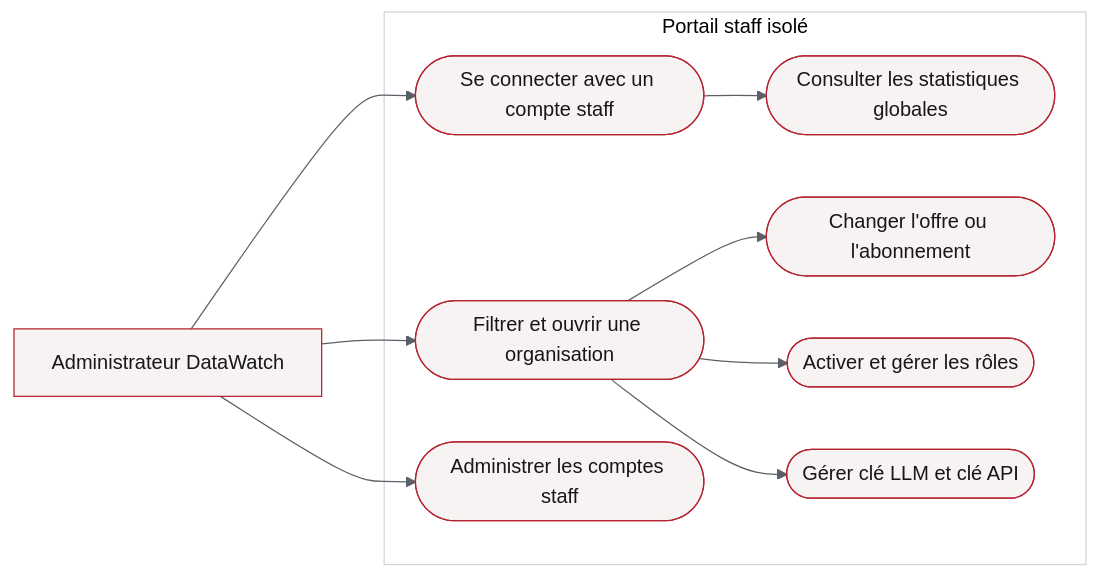
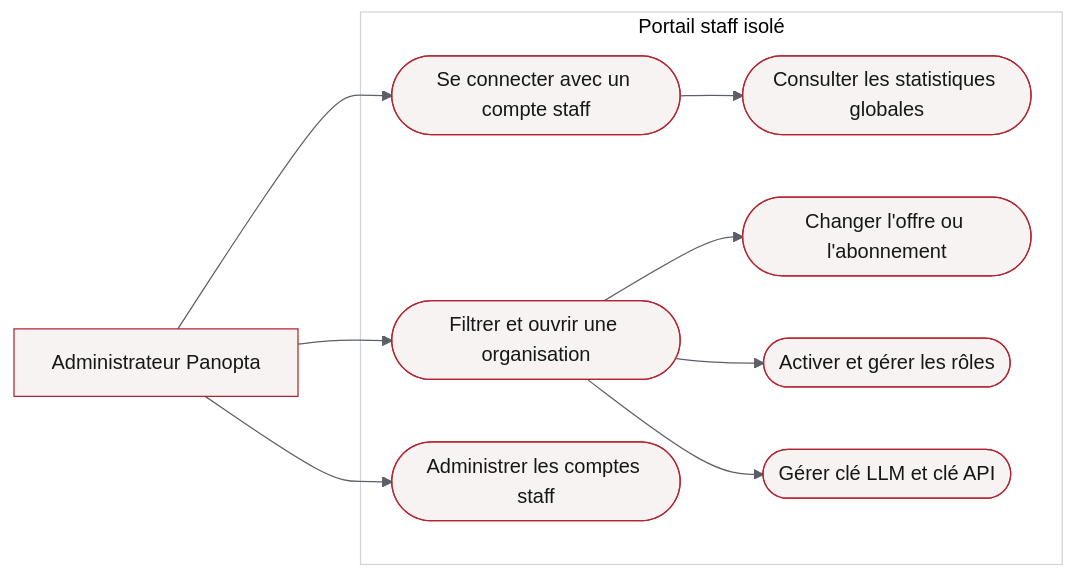
The diagram in docs/diagrams/pfe/mermaid/use_cases_staff.mmd (ryvga/DataWatch), drawn with Mermaid before and after one commit. The commit also changed 28 other files, not shown here.

```diff
--- a/docs/diagrams/pfe/mermaid/use_cases_staff.mmd
+++ b/docs/diagrams/pfe/mermaid/use_cases_staff.mmd
@@ -1,16 +1,16 @@
 %%{init: {'theme':'base','themeVariables':{'fontFamily':'Arial','primaryColor':'#F7F3F2','primaryTextColor':'#171717','primaryBorderColor':'#B4232F','lineColor':'#5B6068','secondaryColor':'#F3F4F6','tertiaryColor':'#FFFFFF','clusterBkg':'#FFFFFF','clusterBorder':'#D1D5DB','actorBkg':'#FFFFFF','actorBorder':'#B4232F','actorTextColor':'#171717','signalColor':'#404040','signalTextColor':'#171717','noteBkgColor':'#FFF7ED','noteBorderColor':'#C2410C','noteTextColor':'#171717'}}}%%
 flowchart LR
-    staff["Administrateur DataWatch"]
+    staff["Administrateur Panopta"]
     subgraph PORTAL[Portail staff isolé]
       login([Se connecter avec un compte staff])
       stats([Consulter les statistiques globales])
       orgs([Filtrer et ouvrir une organisation])
       plan([Changer l'offre ou l'abonnement])
       users([Activer et gérer les rôles])
       keys([Gérer clé LLM et clé API])
       staffusers([Administrer les comptes staff])
     end
     staff --> login --> stats
     staff --> orgs --> plan
     orgs --> users & keys
     staff --> staffusers
```
